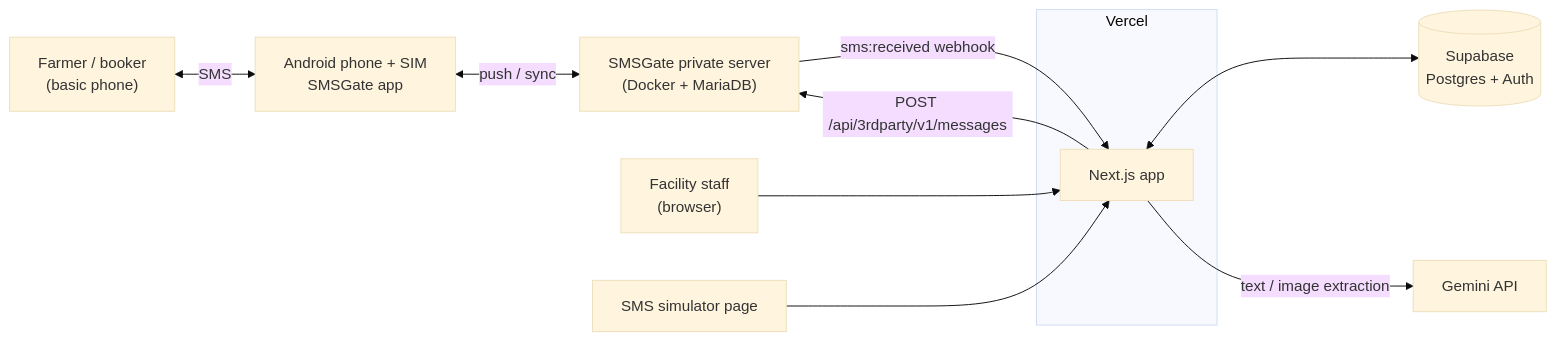
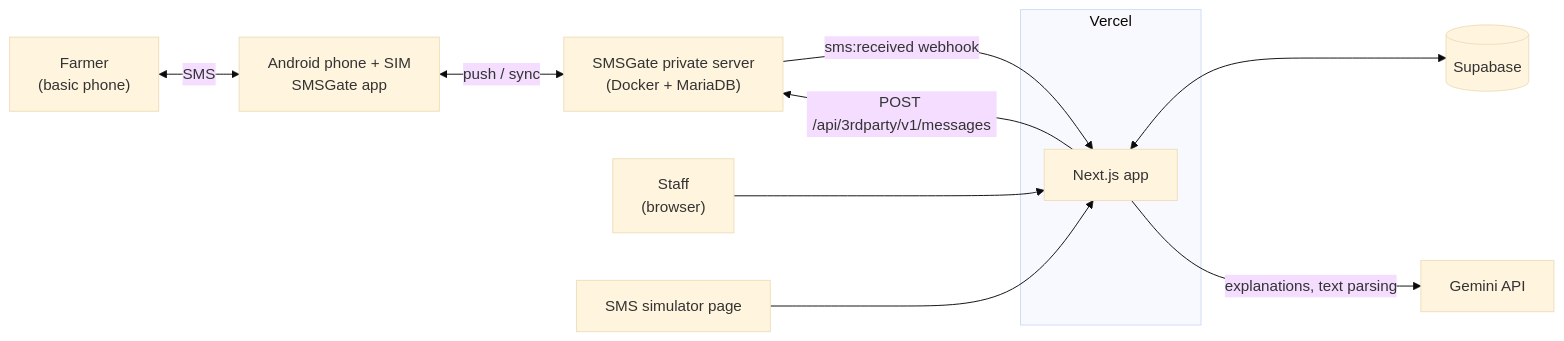
Before and after one commit to andrianllmm/hack-iloilo: the first of 4 diagrams in TRD.md, drawn with Mermaid (base theme). The commit also changed other lines of this file and 2 other files, not shown here.

````diff
--- a/TRD.md
+++ b/TRD.md
@@ -34,14 +31,14 @@
 ```mermaid
 flowchart LR
-  farmer["Farmer / booker<br/>(basic phone)"] <-->|SMS| phone["Android phone + SIM<br/>SMSGate app"]
+  farmer["Farmer<br/>(basic phone)"] <-->|SMS| phone["Android phone + SIM<br/>SMSGate app"]
   phone <-->|"push / sync"| gw["SMSGate private server<br/>(Docker + MariaDB)"]
   gw -->|"sms:received webhook"| app
   app -->|"POST /api/3rdparty/v1/messages"| gw
-  staff["Facility staff<br/>(browser)"] --> app
+  staff["Staff<br/>(browser)"] --> app
   sim["SMS simulator page"] --> app
   subgraph vercel["Vercel"]
     app["Next.js app"]
   end
-  app <--> db[("Supabase<br/>Postgres + Auth")]
-  app -->|"text / image extraction"| ai["Gemini API"]
+  app <--> db[("Supabase")]
+  app -->|"explanations, text parsing"| ai["Gemini API"]
 ```
````
